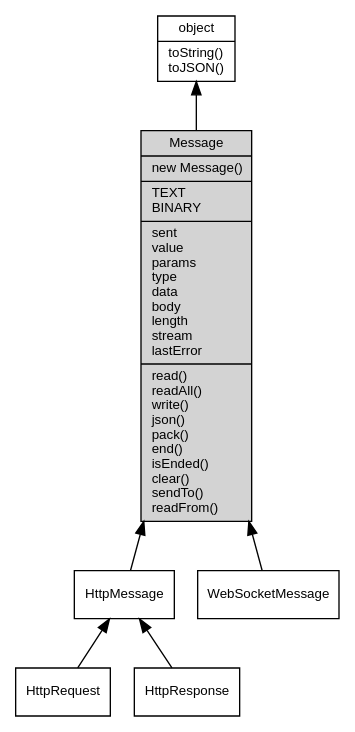
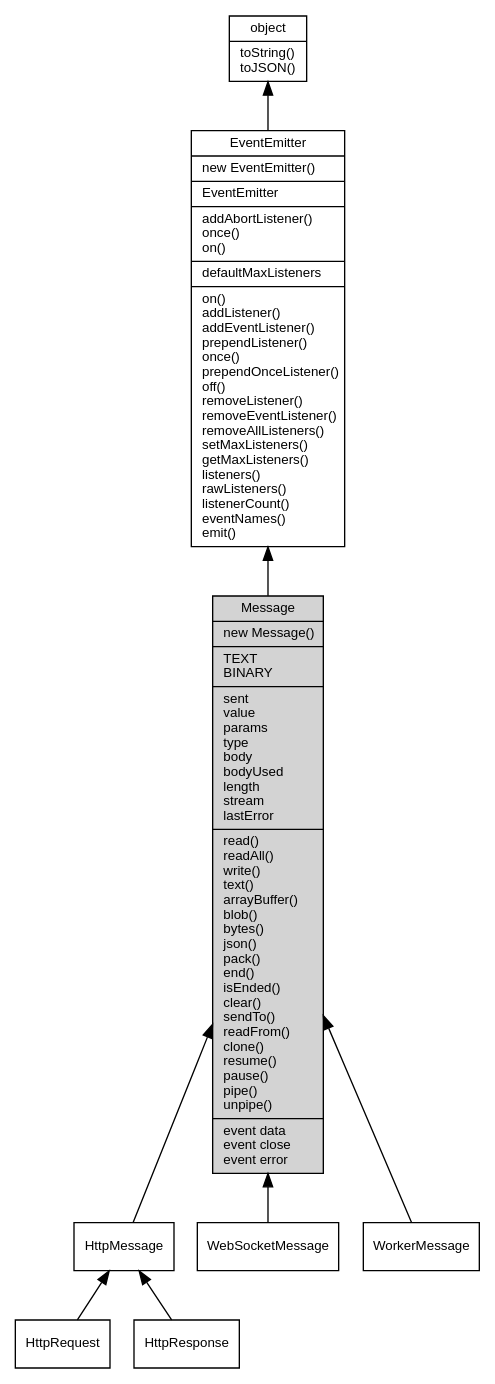
The diagram in docs/manual/object/ifs/Message.md (fibjs/fibjs.org), drawn with Graphviz before and after one commit. The commit also changed other lines of this file and 148 other files, not shown here.

First line of the commit message:
feat: add ZlibCodec documentation and update object graph

````diff
--- a/docs/manual/object/ifs/Message.md
+++ b/docs/manual/object/ifs/Message.md
@@ -12,18 +12,22 @@
 ```dot
 digraph {
     node [fontname="Helvetica,sans-Serif", fontsize=10, shape="record", style="filled", fillcolor="white"];
 
     object [tooltip="object", URL="object.md", label="{object|toString()\ltoJSON()\l}"];
-    Message [tooltip="Message", fillcolor="lightgray", id="me", label="{Message|new Message()\l|TEXT\lBINARY\l|sent\lvalue\lparams\ltype\ldata\lbody\llength\lstream\llastError\l|read()\lreadAll()\lwrite()\ljson()\lpack()\lend()\lisEnded()\lclear()\lsendTo()\lreadFrom()\l}"];
+    EventEmitter [tooltip="EventEmitter", URL="EventEmitter.md", label="{EventEmitter|new EventEmitter()\l|EventEmitter\l|addAbortListener()\lonce()\lon()\l|defaultMaxListeners\l|on()\laddListener()\laddEventListener()\lprependListener()\lonce()\lprependOnceListener()\loff()\lremoveListener()\lremoveEventListener()\lremoveAllListeners()\lsetMaxListeners()\lgetMaxListeners()\llisteners()\lrawListeners()\llistenerCount()\leventNames()\lemit()\l}"];
+    Message [tooltip="Message", fillcolor="lightgray", id="me", label="{Message|new Message()\l|TEXT\lBINARY\l|sent\lvalue\lparams\ltype\lbody\lbodyUsed\llength\lstream\llastError\l|read()\lreadAll()\lwrite()\ltext()\larrayBuffer()\lblob()\lbytes()\ljson()\lpack()\lend()\lisEnded()\lclear()\lsendTo()\lreadFrom()\lclone()\lresume()\lpause()\lpipe()\lunpipe()\l|event data\levent close\levent error\l}"];
     HttpMessage [tooltip="HttpMessage", URL="HttpMessage.md", label="{HttpMessage}"];
     HttpRequest [tooltip="HttpRequest", URL="HttpRequest.md", label="{HttpRequest}"];
     HttpResponse [tooltip="HttpResponse", URL="HttpResponse.md", label="{HttpResponse}"];
     WebSocketMessage [tooltip="WebSocketMessage", URL="WebSocketMessage.md", label="{WebSocketMessage}"];
+    WorkerMessage [tooltip="WorkerMessage", URL="WorkerMessage.md", label="{WorkerMessage}"];
 
-    object -> Message [dir=back];
+    object -> EventEmitter [dir=back];
+    EventEmitter -> Message [dir=back];
     Message -> HttpMessage [dir=back];
     HttpMessage -> HttpRequest [dir=back];
     HttpMessage -> HttpResponse [dir=back];
     Message -> WebSocketMessage [dir=back];
+    Message -> WorkerMessage [dir=back];
 }
 ```
````
